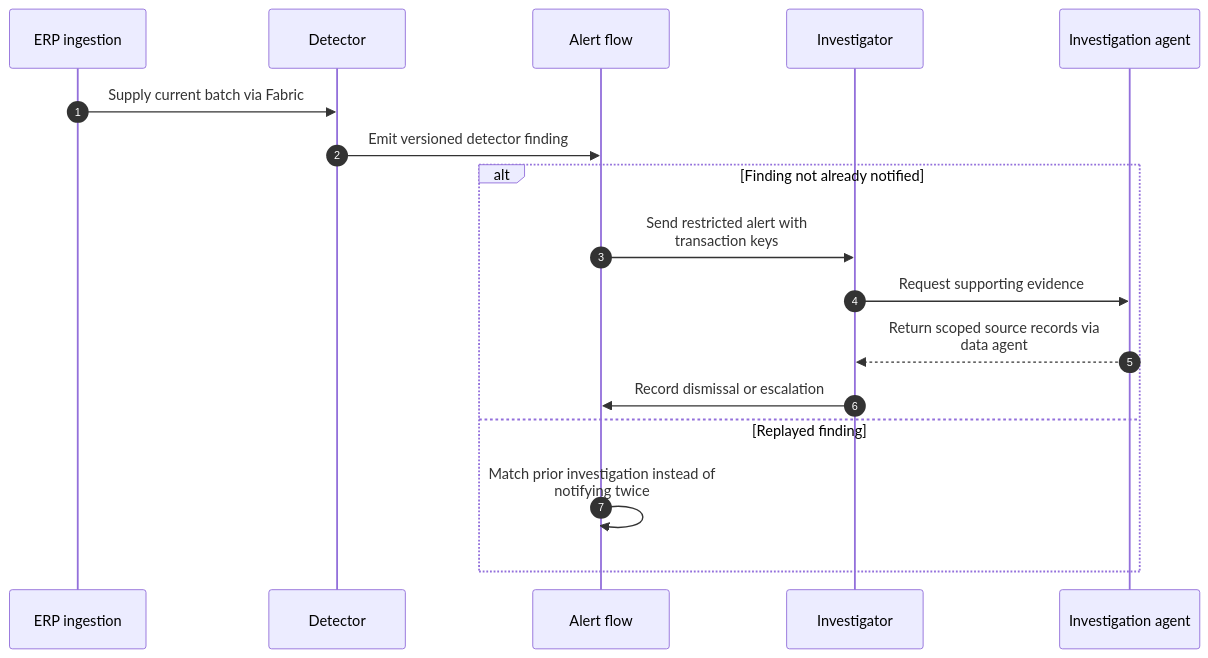
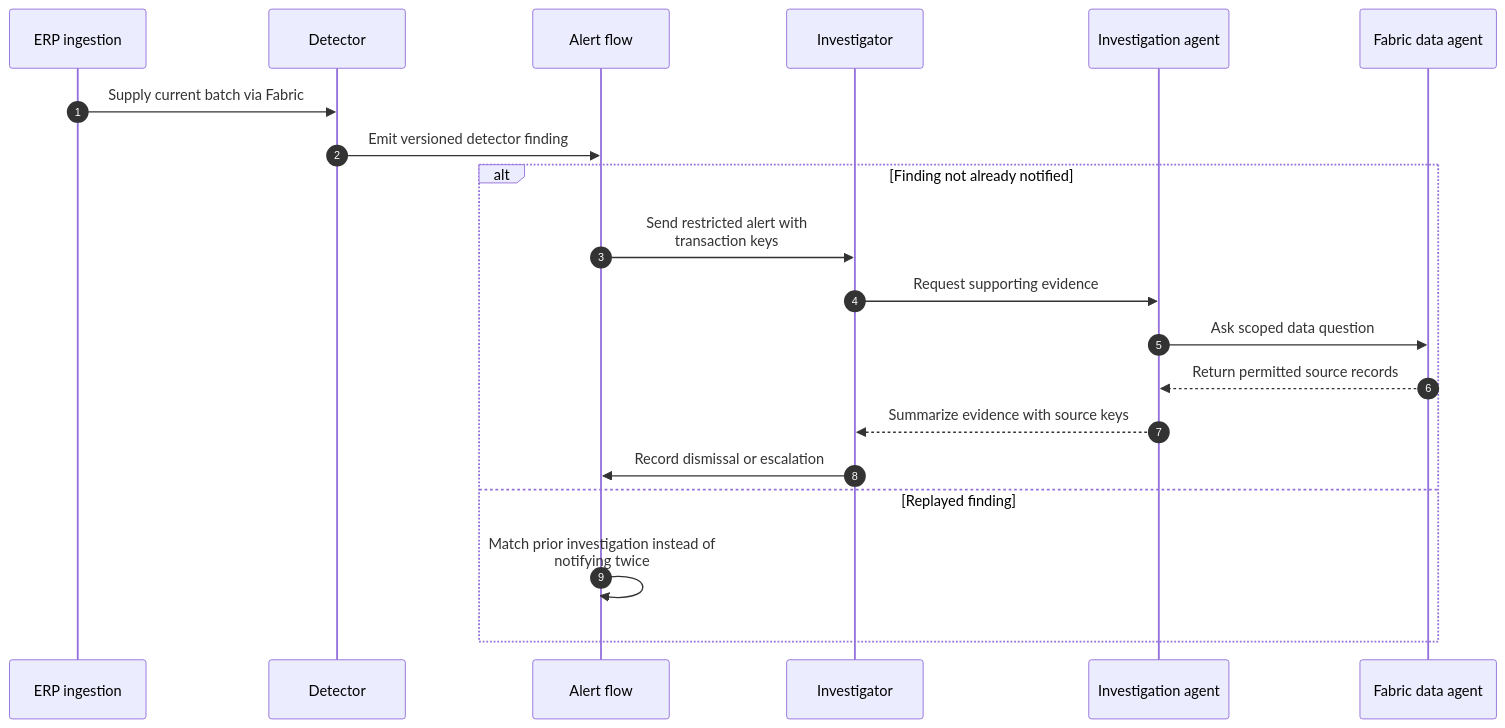
One commit to abhishek-ai-enabler/copilotstudio-architecture-patterns changed the second of 2 diagrams in solution-ideas/spend-anomalies.md. Above: the diagram before and after it, drawn with Mermaid. The commit also changed other lines of this file and 41 other files, not shown here.

First line of the commit message:
Review diagrams: add return paths and fix flow accuracy

````diff
--- a/solution-ideas/spend-anomalies.md
+++ b/solution-ideas/spend-anomalies.md
@@ -39,20 +41,23 @@
 ```mermaid
 sequenceDiagram
     accTitle: Detect spend anomalies in Fabric and investigate them in chat - technical flow
     autonumber
     participant E as ERP ingestion
     participant K as Detector
     participant F as Alert flow
     participant H as Investigator
     participant A as Investigation agent
+    participant D as Fabric data agent
     E->>K: Supply current batch via Fabric
     K->>F: Emit versioned detector finding
     alt Finding not already notified
-        F->>H: Send restricted alert with<br/>transaction keys
-        H->>A: Request supporting evidence
-        A-->>H: Return scoped source records via<br/>data agent
-        H->>F: Record dismissal or escalation
+      F->>H: Send restricted alert with<br/>transaction keys
+      H->>A: Request supporting evidence
+      A->>D: Ask scoped data question
+      D-->>A: Return permitted source records
+      A-->>H: Summarize evidence with source keys
+      H->>F: Record dismissal or escalation
     else Replayed finding
-        F->>F: Match prior investigation instead of<br/>notifying twice
+      F->>F: Match prior investigation instead of<br/>notifying twice
     end
 ```
````
